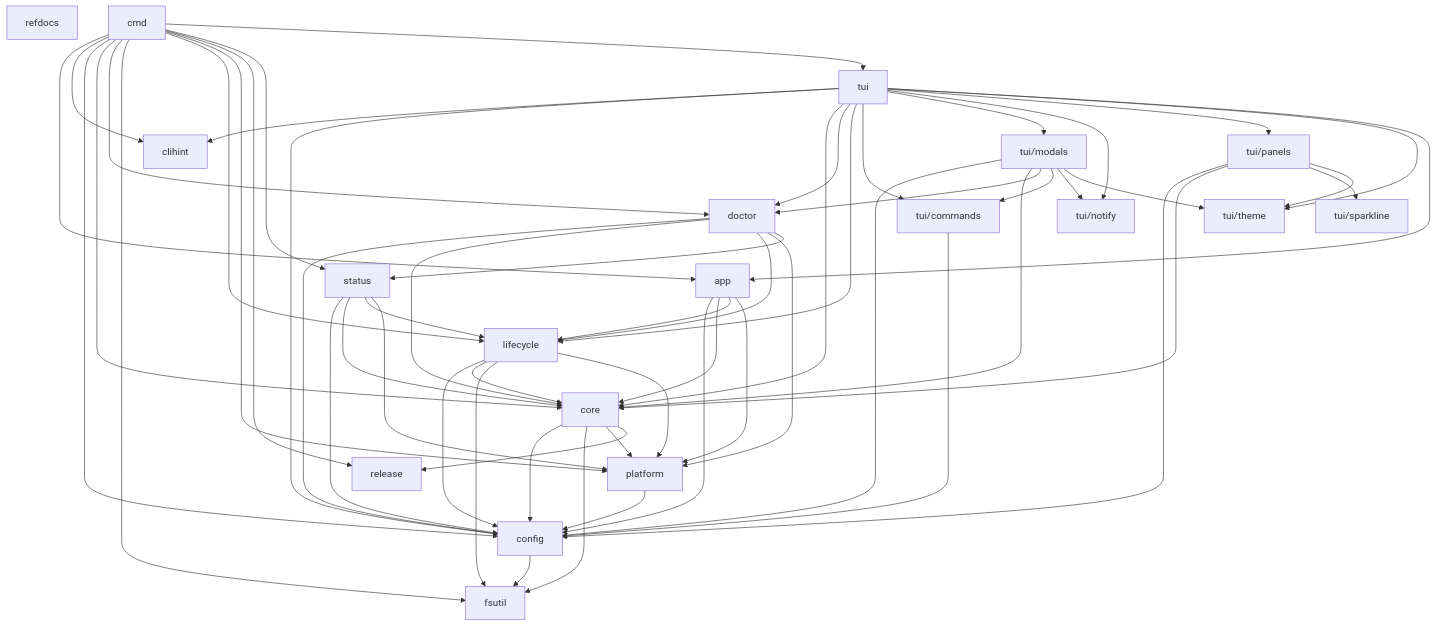
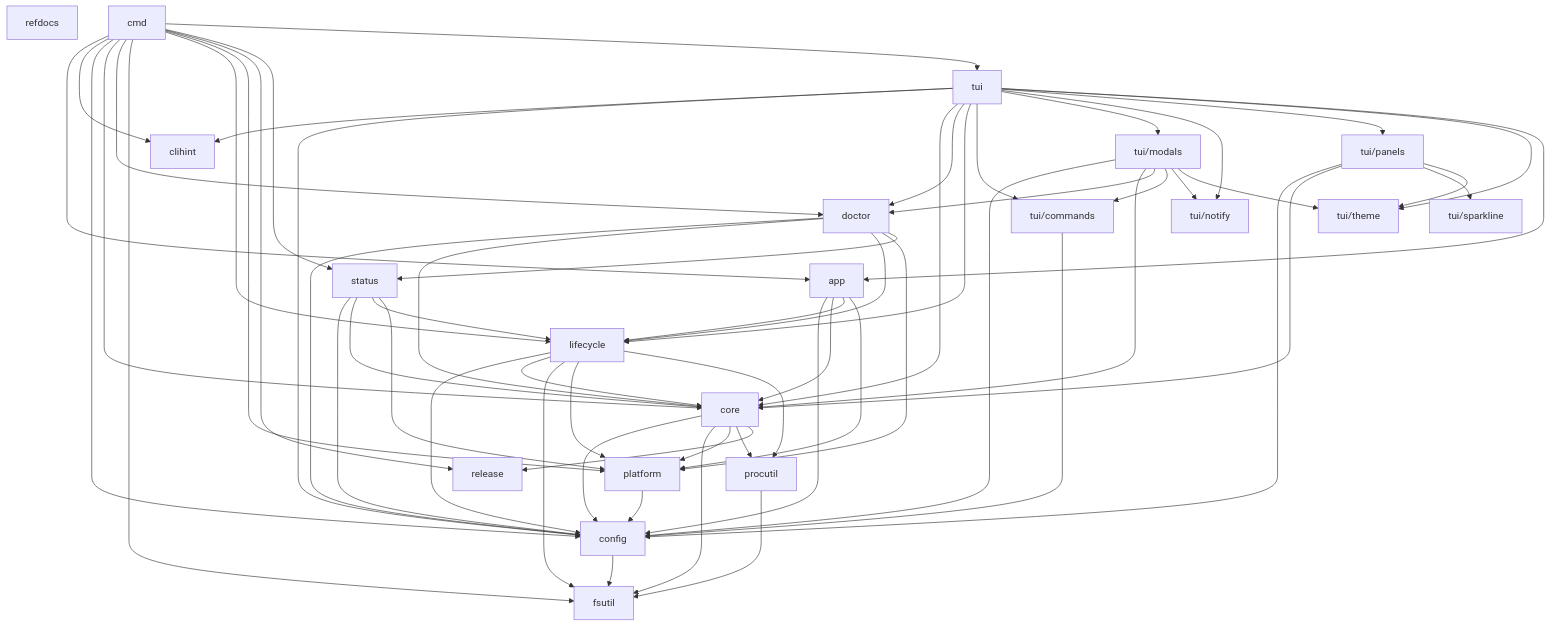
Before and after one commit to rtxnik/lazyray: the diagram in docs/ARCHITECTURE.md, drawn with Mermaid. The commit also changed 22 other files, not shown here.

```diff
--- a/docs/ARCHITECTURE.md
+++ b/docs/ARCHITECTURE.md
@@ -338,6 +338,7 @@
 graph TD
     config[config]
     fsutil[fsutil]
+    procutil[procutil]
     platform[platform]
     theme[tui/theme]
     notify[tui/notify]
@@ -358,14 +359,17 @@
 
     platform --> config
     config --> fsutil
+    procutil --> fsutil
     core --> config
     core --> fsutil
     core --> platform
+    core --> procutil
     core --> release
     lifecycle --> config
     lifecycle --> core
     lifecycle --> fsutil
     lifecycle --> platform
+    lifecycle --> procutil
     status --> config
     status --> core
     status --> lifecycle
```
